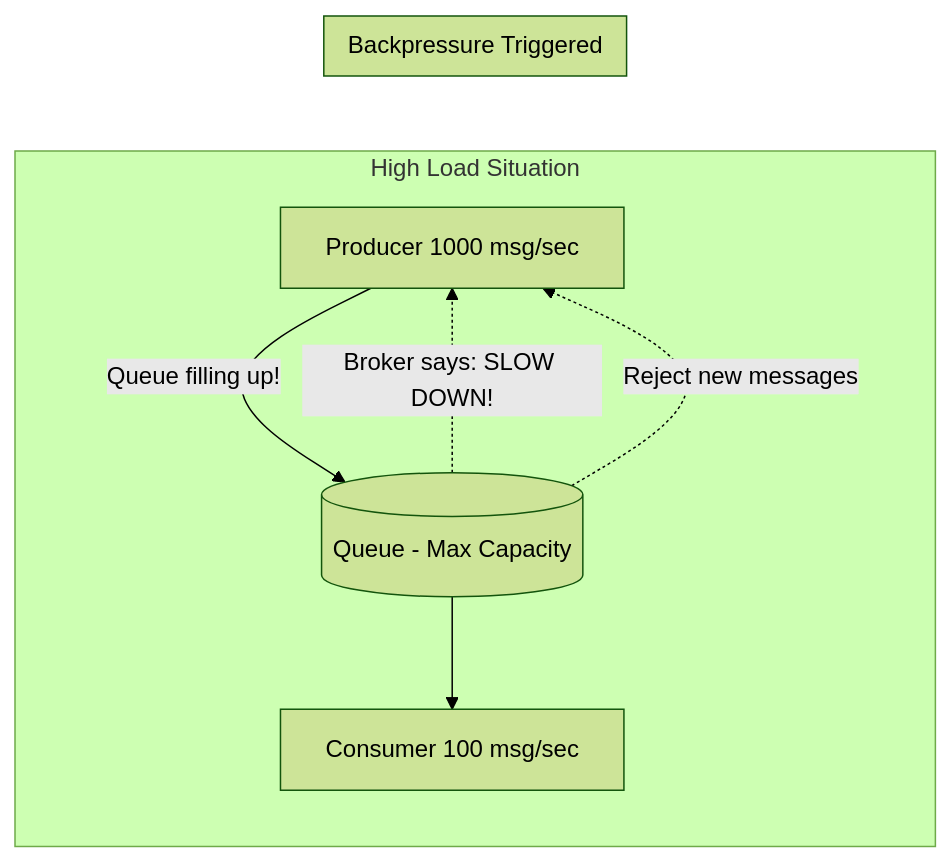
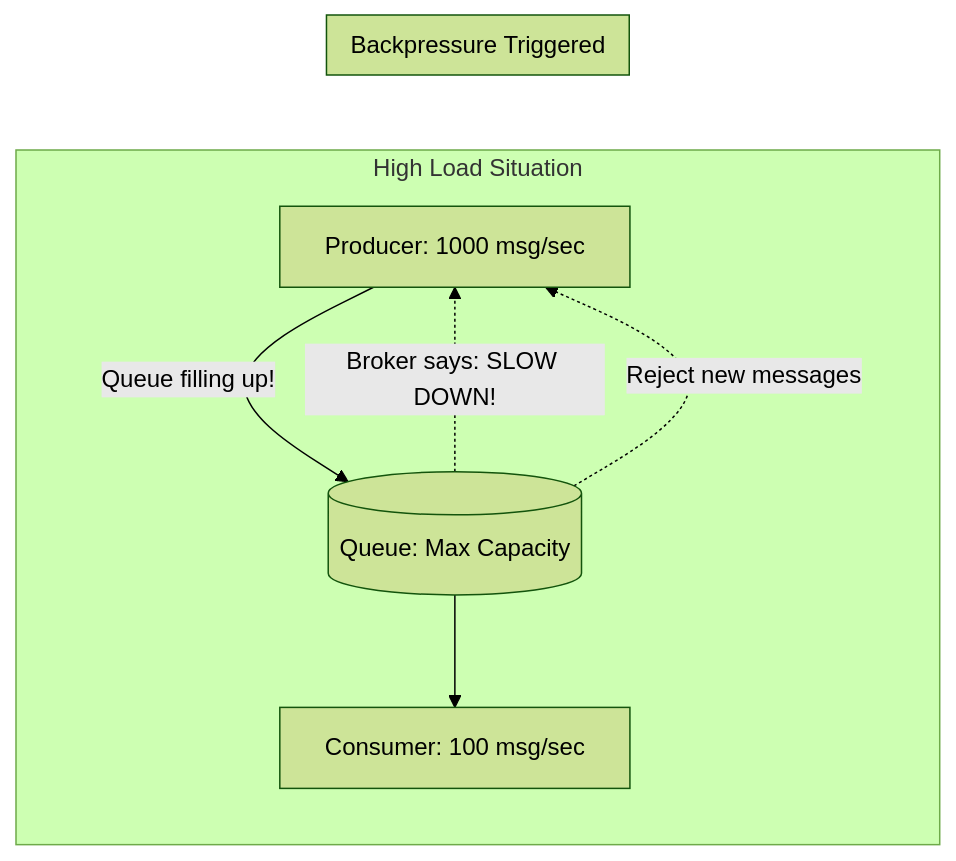
The diagram in docs/Message queues/Backpressure.md (chakorabdellatif/async-queue), drawn with Mermaid (forest theme) before and after one commit. The commit also changed other lines of this file and 12 other files, not shown here.

````diff
--- a/docs/Message queues/Backpressure.md
+++ b/docs/Message queues/Backpressure.md
@@ -14,12 +23,12 @@
 ```mermaid
 graph LR
     subgraph High Load Situation
-        P[Producer 1000 msg/sec] -->|Queue filling up!| Q[(Queue - Max Capacity)]
-        Q --> C[Consumer 100 msg/sec]
+        P[Producer: 1000 msg/sec] -->|Queue filling up!| Q[(Queue: Max Capacity)]
+        Q --> C[Consumer: 100 msg/sec]
     end
     
     subgraph Backpressure Triggered
         Q -.->|Broker says: SLOW DOWN!| P
         Q -.->|Reject new messages| P
     end
 ```
````
